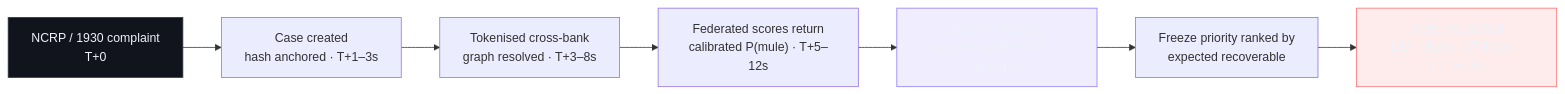
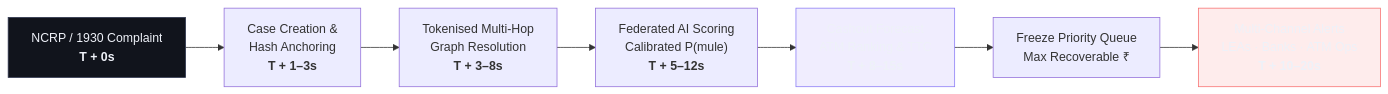
One commit to Pranav-Pardeshii/Ovi-V3 changed the first of 7 diagrams in README.md. Above: the diagram before and after it, drawn with Mermaid. The commit also changed other lines of this file, not shown here.

````diff
--- a/README.md
+++ b/README.md
@@ -101,12 +121,12 @@
 ```mermaid
 flowchart LR
-    A["NCRP / 1930 complaint<br/>T+0"] --> B["Case created<br/>hash anchored · T+1–3s"]
-    B --> C["Tokenised cross-bank<br/>graph resolved · T+3–8s"]
-    C --> D["Federated scores return<br/>calibrated P(mule) · T+5–12s"]
-    D --> E["Cash-out forecast<br/>location ranker + TTC · T+8–15s"]
-    E --> F["Freeze priority ranked by<br/>expected recoverable"]
-    F --> G["Alerts dispatched<br/>LEA · Bank · ATM ops · T+10–20s"]
+    A["NCRP / 1930 Complaint<br/><b>T + 0s</b>"] --> B["Case Creation &<br/>Hash Anchoring<br/><b>T + 1–3s</b>"]
+    B --> C["Tokenised Multi-Hop<br/>Graph Resolution<br/><b>T + 3–8s</b>"]
+    C --> D["Federated AI Scoring<br/>Calibrated P(mule)<br/><b>T + 5–12s</b>"]
+    D --> E["Cashout Forecast<br/>ATM Ranking & TTC<br/><b>T + 8–15s</b>"]
+    E --> F["Freeze Priority Queue<br/>Max Recoverable ₹"]
+    F --> G["Multi-Channel Alerts<br/>LEAs · Banks · ATM Ops<br/><b>T + 10–20s</b>"]
     style A fill:#11141C,stroke:#303851,color:#EEF1F8
     style E fill:#8B7CF622,stroke:#8B7CF6,color:#EEF1F8
     style G fill:#F8717122,stroke:#F87171,color:#EEF1F8
 ```
````
